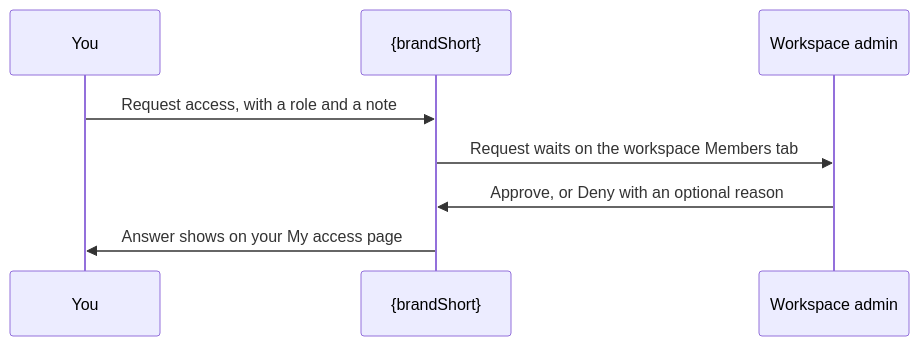
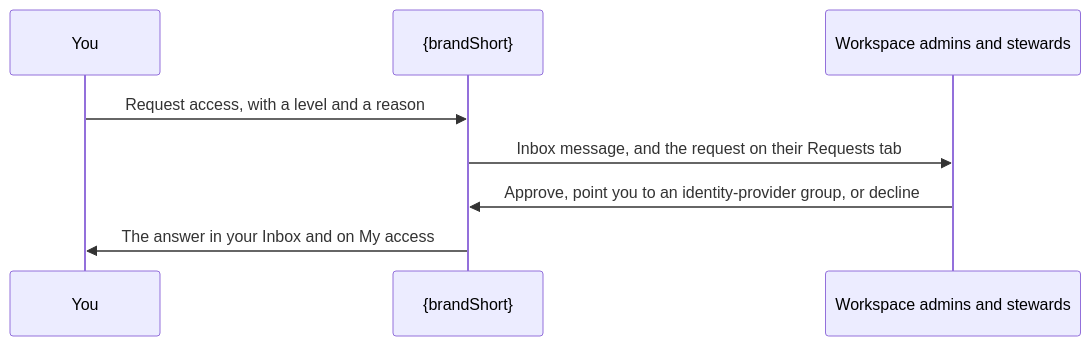
One commit to rkrumins/dataviz changed the diagram in docs/guide/REQUESTING_ACCESS.md. Above: the diagram before and after it, drawn with Mermaid. The commit also changed other lines of this file and 10 other files, not shown here.

````diff
--- a/docs/guide/REQUESTING_ACCESS.md
+++ b/docs/guide/REQUESTING_ACCESS.md
@@ -13,10 +14,10 @@
 ```mermaid
 sequenceDiagram
   participant You
   participant App as {brandShort}
-  participant Admin as Workspace admin
-  You->>App: Request access, with a role and a note
-  App->>Admin: Request waits on the workspace Members tab
-  Admin->>App: Approve, or Deny with an optional reason
-  App->>You: Answer shows on your My access page
+  participant Approvers as Workspace admins and stewards
+  You->>App: Request access, with a level and a reason
+  App->>Approvers: Inbox message, and the request on their Requests tab
+  Approvers->>App: Approve, point you to an identity-provider group, or decline
+  App->>You: The answer in your Inbox and on My access
 ```
````
